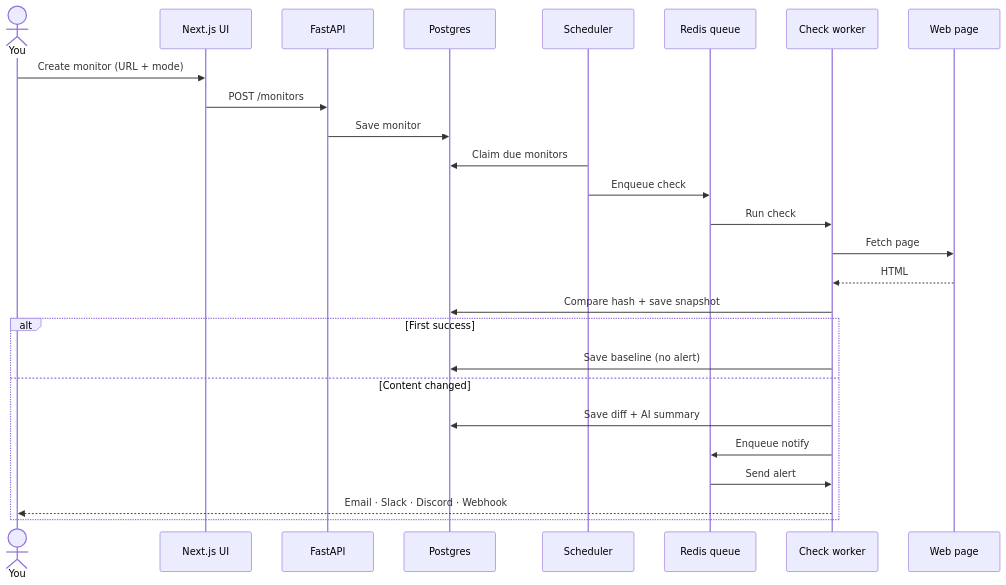
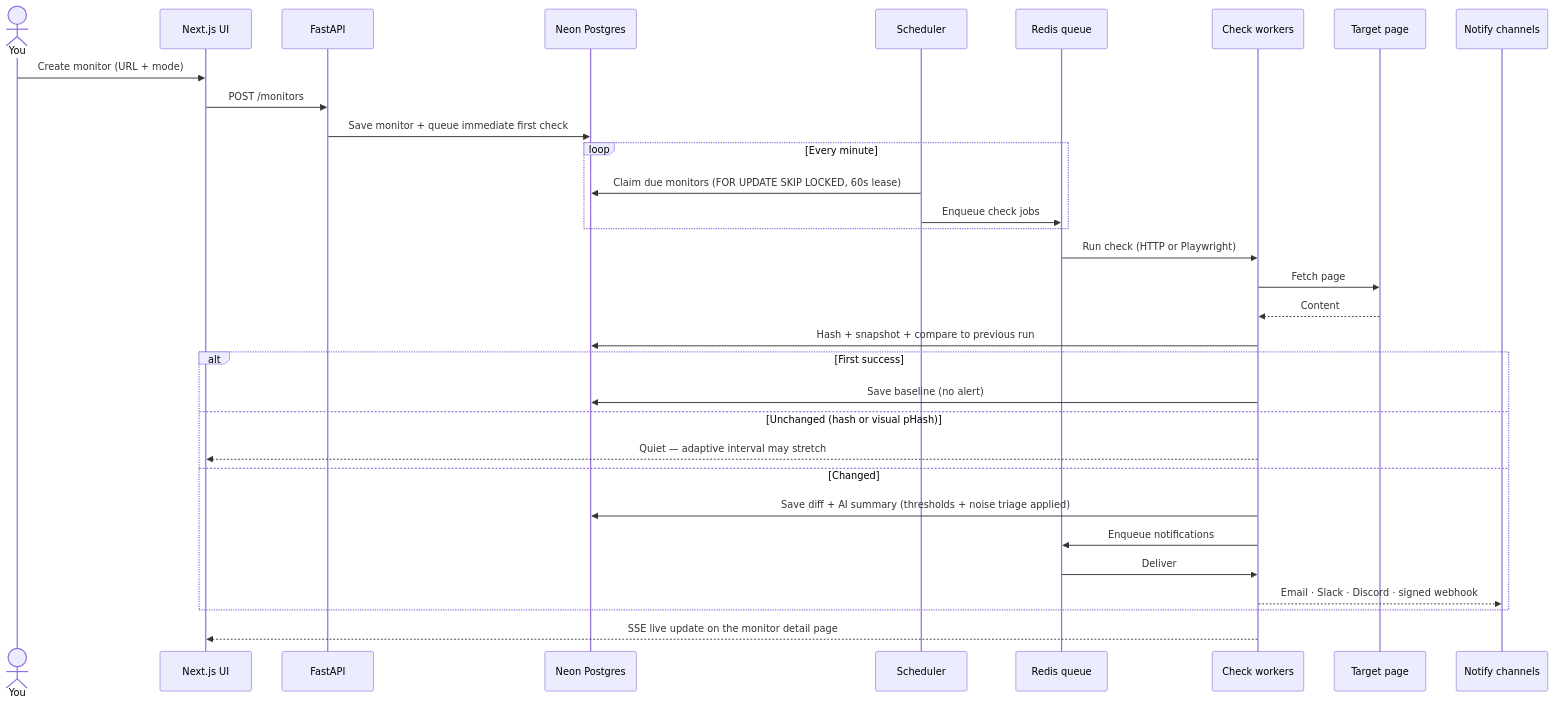
The second of 3 diagrams in README.md (sunil-gumatimath/web-observer), drawn with Mermaid before and after one commit. The commit also changed other lines of this file, not shown here.

Commit message:
docs: restructure README with expanded architecture diagrams and grouped features

````diff
--- a/README.md
+++ b/README.md
@@ -49,29 +115,35 @@
 ```mermaid
 sequenceDiagram
     actor You
     participant UI as Next.js UI
     participant API as FastAPI
-    participant DB as Postgres
+    participant DB as Neon Postgres
     participant S as Scheduler
     participant Q as Redis queue
-    participant W as Check worker
-    participant P as Web page
+    participant W as Check workers
+    participant P as Target page
+    participant N as Notify channels
 
     You->>UI: Create monitor (URL + mode)
     UI->>API: POST /monitors
-    API->>DB: Save monitor
-    S->>DB: Claim due monitors
-    S->>Q: Enqueue check
-    Q->>W: Run check
+    API->>DB: Save monitor + queue immediate first check
+    loop Every minute
+        S->>DB: Claim due monitors (FOR UPDATE SKIP LOCKED, 60s lease)
+        S->>Q: Enqueue check jobs
+    end
+    Q->>W: Run check (HTTP or Playwright)
     W->>P: Fetch page
-    P-->>W: HTML
-    W->>DB: Compare hash + save snapshot
+    P-->>W: Content
+    W->>DB: Hash + snapshot + compare to previous run
     alt First success
         W->>DB: Save baseline (no alert)
-    else Content changed
-        W->>DB: Save diff + AI summary
-        W->>Q: Enqueue notify
-        Q->>W: Send alert
-        W-->>You: Email · Slack · Discord · Webhook
+    else Unchanged (hash or visual pHash)
+        W-->>UI: Quiet — adaptive interval may stretch
+    else Changed
+        W->>DB: Save diff + AI summary (thresholds + noise triage applied)
+        W->>Q: Enqueue notifications
+        Q->>W: Deliver
+        W-->>N: Email · Slack · Discord · signed webhook
     end
+    W-->>UI: SSE live update on the monitor detail page
 ```
````
